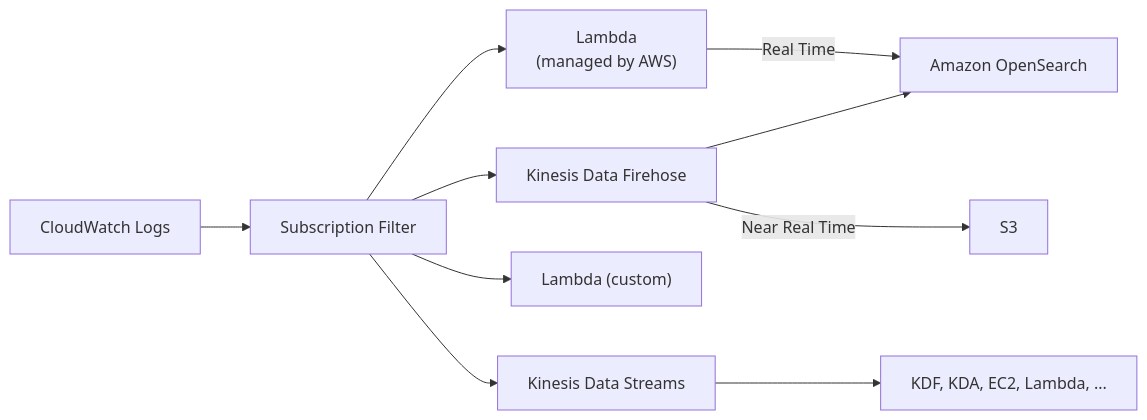
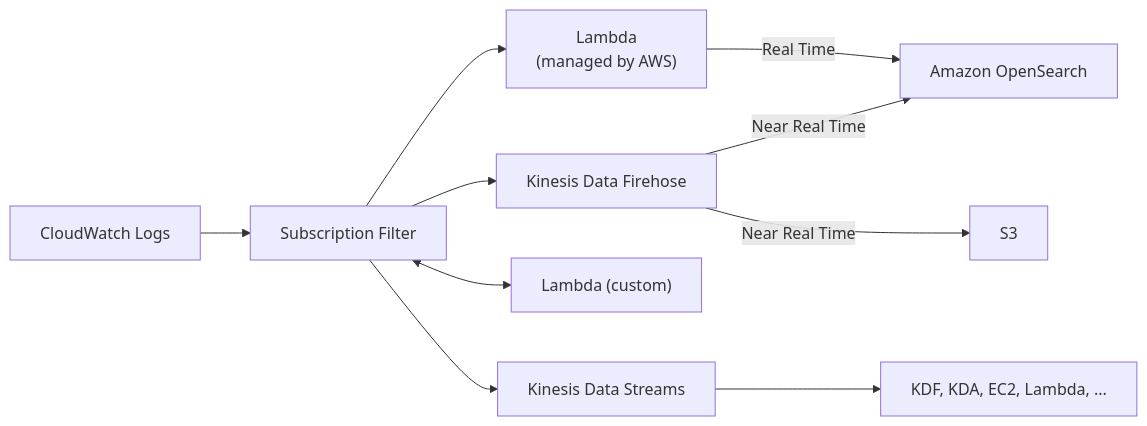
The first of 6 diagrams in aws/CloudWatch.md (cool21540125/documentation-notes), drawn with Mermaid before and after one commit. The commit also changed other lines of this file and 5 other files, not shown here.

````diff
--- a/aws/CloudWatch.md
+++ b/aws/CloudWatch.md
@@ -81,21 +87,21 @@
             ```mermaid
             flowchart LR
 
             cl["CloudWatch Logs"]
             sf["Subscription Filter"]
             kdf["Kinesis Data Firehose"]
-            awslf["Lambda \n (managed by AWS)"]
-            lf["Lambda (custom)"]
+                awslf["Lambda \n (managed by AWS)"]
+                lf["Lambda (custom)"]
             es["Amazon OpenSearch"]
             kds["Kinesis Data Streams"]
 
             cl --> sf;
             sf --> awslf;
             awslf -- Real Time --> es;
-            kdf --> es;
+            kdf -- Near Real Time --> es;
             sf --> kdf;
             kdf -- Near Real Time --> S3;
             sf --> kds;
             kds --> other["KDF, KDA, EC2, Lambda, ..."]
-            sf --> lf;
+            sf <--> lf;
             ```
````
